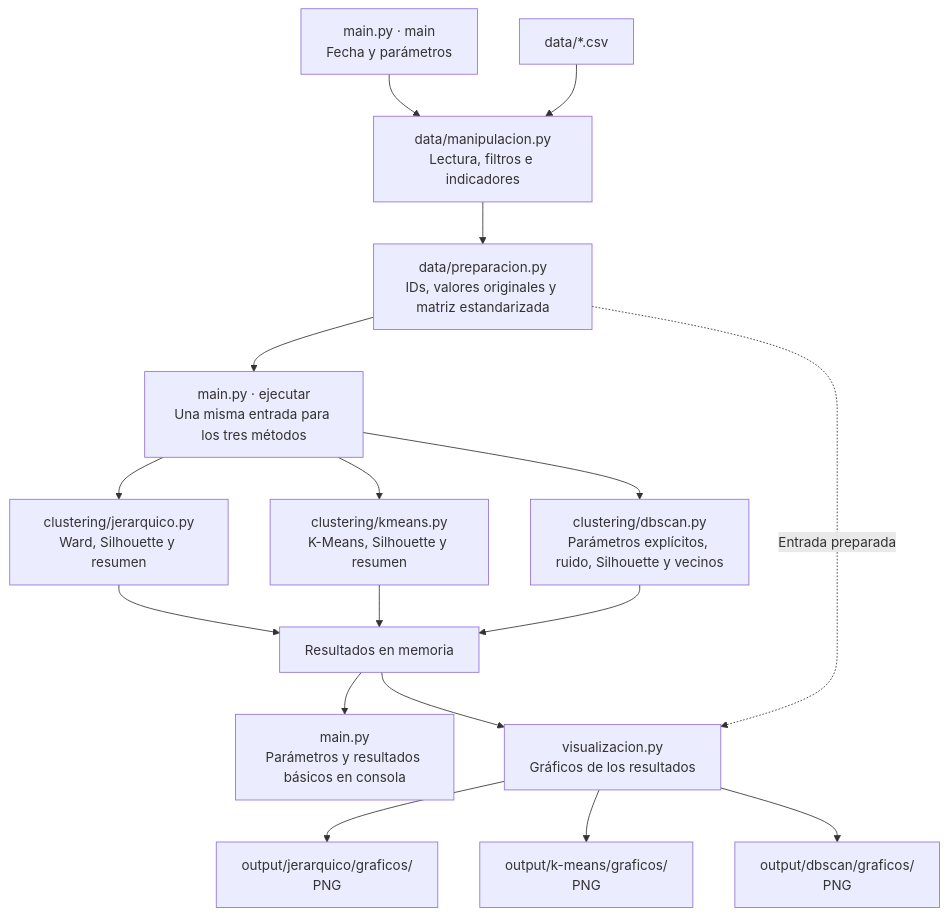
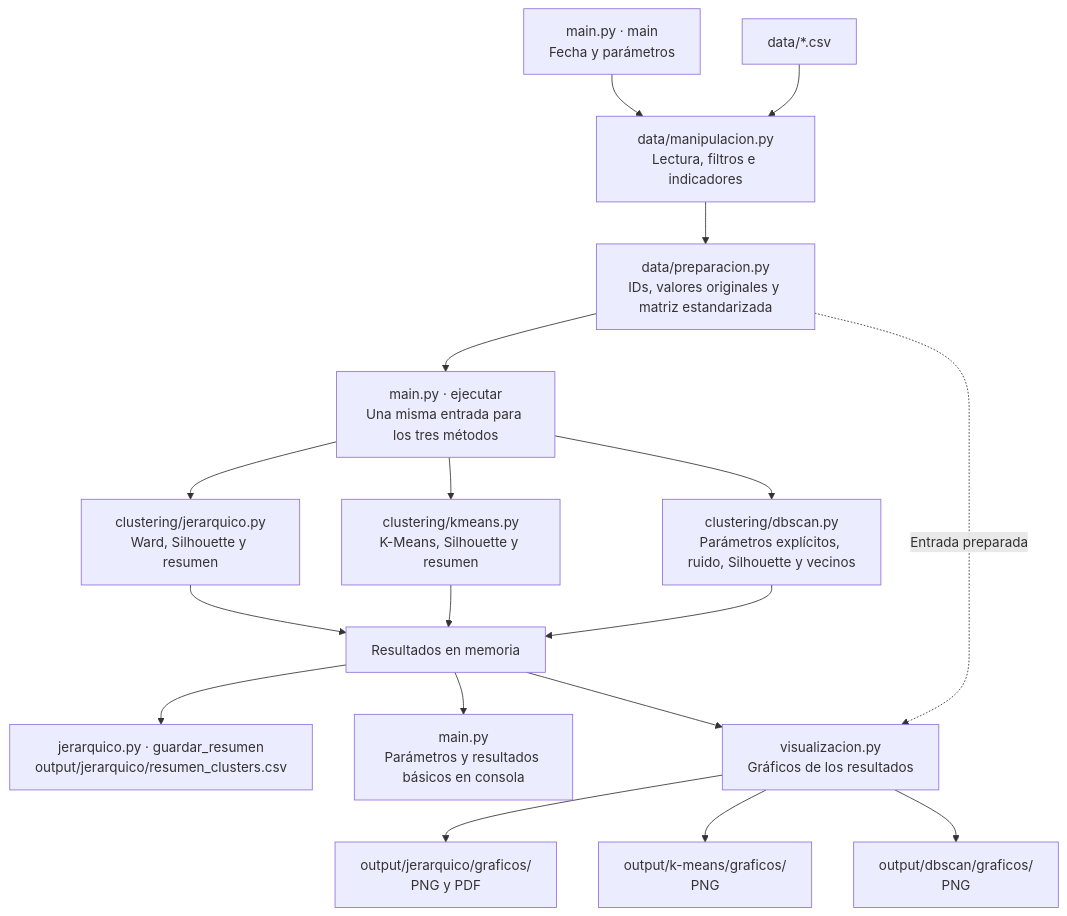
One commit to CowsmonDev/IO-Mineria-Codigo changed the diagram in docs/flujo-archivos.md. Above: the diagram before and after it, drawn with Mermaid. The commit also changed other lines of this file and 6 other files, not shown here.

````diff
--- a/docs/flujo-archivos.md
+++ b/docs/flujo-archivos.md
@@ -5,19 +5,20 @@
 ```mermaid
 flowchart TD
     MAIN["main.py · main<br/>Fecha y parámetros"] --> MAN["data/manipulacion.py<br/>Lectura, filtros e indicadores"]
     CSV["data/*.csv"] --> MAN
     MAN --> PRE["data/preparacion.py<br/>IDs, valores originales y matriz estandarizada"]
     PRE --> EJ["main.py · ejecutar<br/>Una misma entrada para los tres métodos"]
     EJ --> J["clustering/jerarquico.py<br/>Ward, Silhouette y resumen"]
     EJ --> K["clustering/kmeans.py<br/>K-Means, Silhouette y resumen"]
     EJ --> D["clustering/dbscan.py<br/>Parámetros explícitos, ruido, Silhouette y vecinos"]
     J --> RES["Resultados en memoria"]
     K --> RES
     D --> RES
+    RES --> CSVJ["jerarquico.py · guardar_resumen<br/>output/jerarquico/resumen_clusters.csv"]
     RES --> CONSOLA["main.py<br/>Parámetros y resultados básicos en consola"]
     RES --> VIS["visualizacion.py<br/>Gráficos de los resultados"]
     PRE -. "Entrada preparada" .-> VIS
-    VIS --> JPNG["output/jerarquico/graficos/<br/>PNG"]
+    VIS --> JPNG["output/jerarquico/graficos/<br/>PNG y PDF"]
     VIS --> KPNG["output/k-means/graficos/<br/>PNG"]
     VIS --> DPNG["output/dbscan/graficos/<br/>PNG"]
 ```
````
